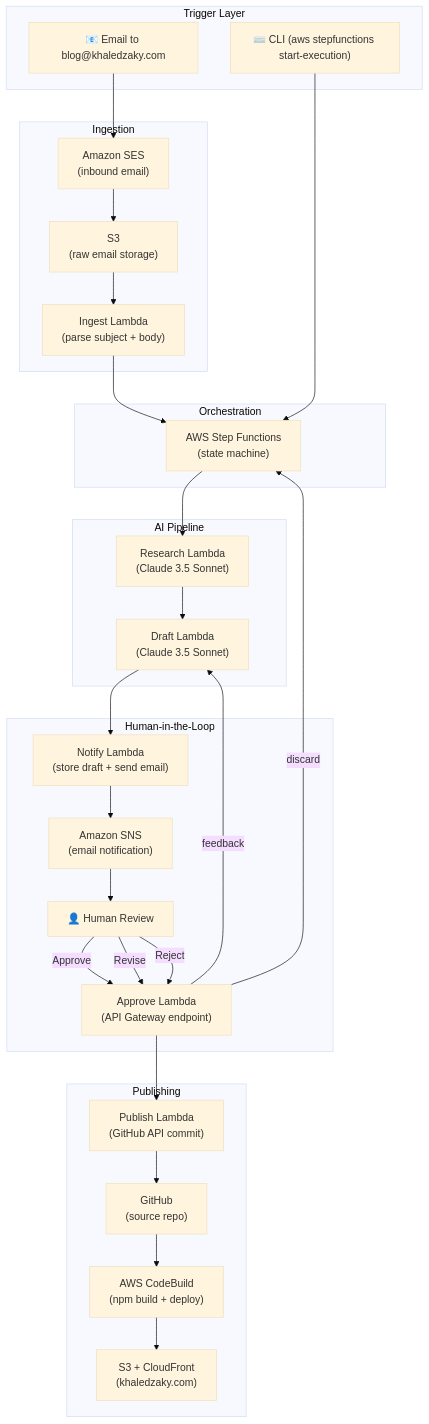
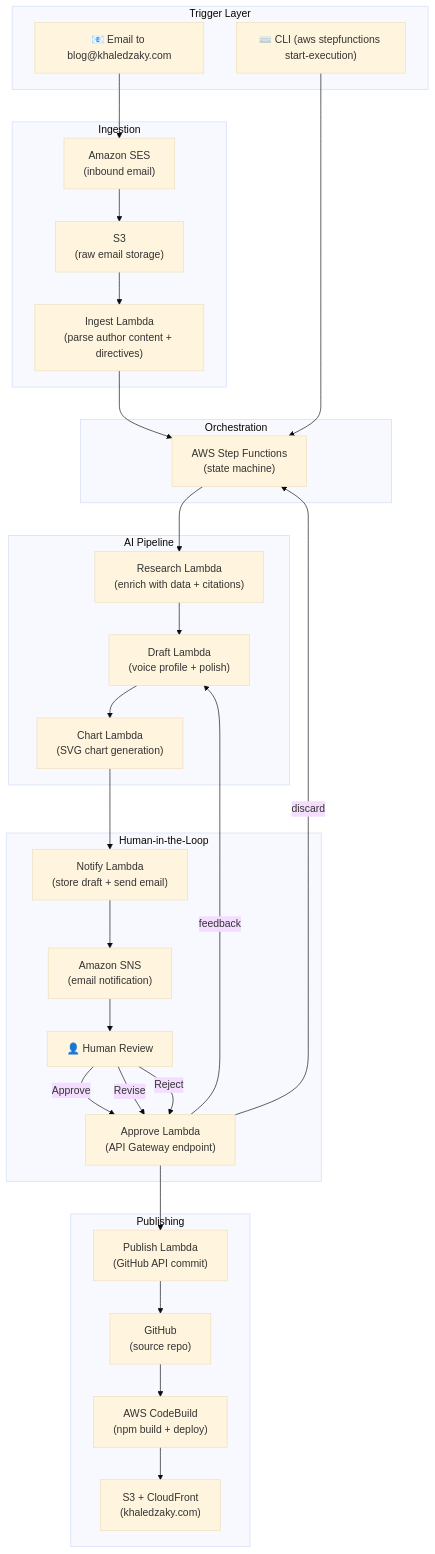
One commit to kzaky/khaledzaky.com changed the first of 4 diagrams in src/content/blog/i-built-an-ai-agent-that-writes-for-my-blog.md. Above: the diagram before and after it, drawn with Mermaid (base theme). The commit also changed other lines of this file, not shown here.

Commit message:
Refresh AI agent blog post: author-content-first workflow, voice profile, chart generation, email directives, updated Mermaid diagrams

````diff
--- a/src/content/blog/i-built-an-ai-agent-that-writes-for-my-blog.md
+++ b/src/content/blog/i-built-an-ai-agent-that-writes-for-my-blog.md
@@ -34,45 +43,46 @@
 ```mermaid
 graph TD
     subgraph "Trigger Layer"
         EM["📧 Email to blog@khaledzaky.com"]
         CLI["⌨️ CLI (aws stepfunctions start-execution)"]
     end
 
     subgraph "Ingestion"
         SES["Amazon SES<br/>(inbound email)"]
         S3I["S3<br/>(raw email storage)"]
-        IG["Ingest Lambda<br/>(parse subject + body)"]
+        IG["Ingest Lambda<br/>(parse author content + directives)"]
     end
 
     subgraph "Orchestration"
         SF["AWS Step Functions<br/>(state machine)"]
     end
 
     subgraph "AI Pipeline"
-        R["Research Lambda<br/>(Claude 3.5 Sonnet)"]
-        D["Draft Lambda<br/>(Claude 3.5 Sonnet)"]
+        R["Research Lambda<br/>(enrich with data + citations)"]
+        D["Draft Lambda<br/>(voice profile + polish)"]
+        CH["Chart Lambda<br/>(SVG chart generation)"]
     end
 
     subgraph "Human-in-the-Loop"
         N["Notify Lambda<br/>(store draft + send email)"]
         SNS["Amazon SNS<br/>(email notification)"]
         HU["👤 Human Review"]
         AP["Approve Lambda<br/>(API Gateway endpoint)"]
     end
 
     subgraph "Publishing"
         P["Publish Lambda<br/>(GitHub API commit)"]
         GH["GitHub<br/>(source repo)"]
         CB["AWS CodeBuild<br/>(npm build + deploy)"]
         S3W["S3 + CloudFront<br/>(khaledzaky.com)"]
     end
 
     EM --> SES --> S3I --> IG --> SF
     CLI --> SF
-    SF --> R --> D --> N
+    SF --> R --> D --> CH --> N
     N --> SNS --> HU
     HU -->|"Approve"| AP --> P
     HU -->|"Revise"| AP -->|"feedback"| D
     HU -->|"Reject"| AP -->|"discard"| SF
     P --> GH --> CB --> S3W
 ```
````
